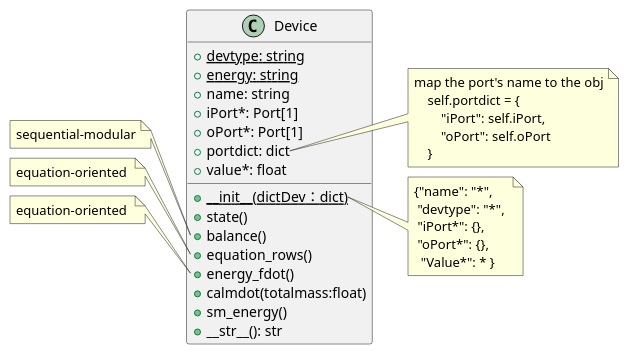
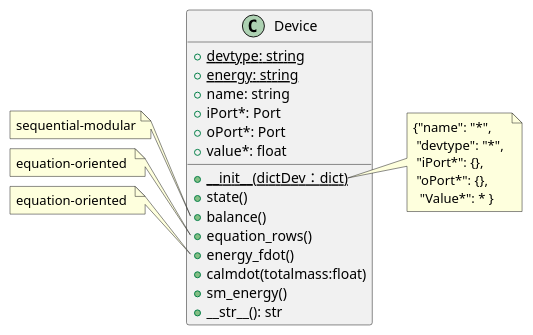
One commit to thermalogic/PyRankine changed the diagram in uml/Device.puml. Above: the diagram before and after it, drawn with PlantUML. The commit also changed 22 other files, not shown here.

```diff
--- a/uml/Device.puml
+++ b/uml/Device.puml
@@ -1,43 +1,35 @@
 @startuml
 class Device{
     + {static} devtype: string 
     + {static} energy: string
     + name: string 
-    + iPort*: Port[1]
-    + oPort*: Port[1]
-    + portdict: dict
+    + iPort*: Port
+    + oPort*: Port
     + value*: float  
     + {static} __init__(dictDev：dict)
     + state()
     + balance()
     + equation_rows()
     + energy_fdot()
     + calmdot(totalmass:float)
     + sm_energy()
     +__str__(): str
 }
 note left of Device::balance
     sequential-modular
 end note
 note left of Device::equation_rows
     equation-oriented 
 end note
 note left of Device::energy_fdot
     equation-oriented 
 end note
-note right of Device::portdict
-map the port's name to the obj
-    self.portdict = {
-        "iPort": self.iPort,
-        "oPort": self.oPort
-    }
-end note
 note right of Device::__init__
     {"name": "*",
      "devtype": "*", 
      "iPort*": {},
      "oPort*": {},
       "Value*": * }
 end note
 
 @enduml
```
